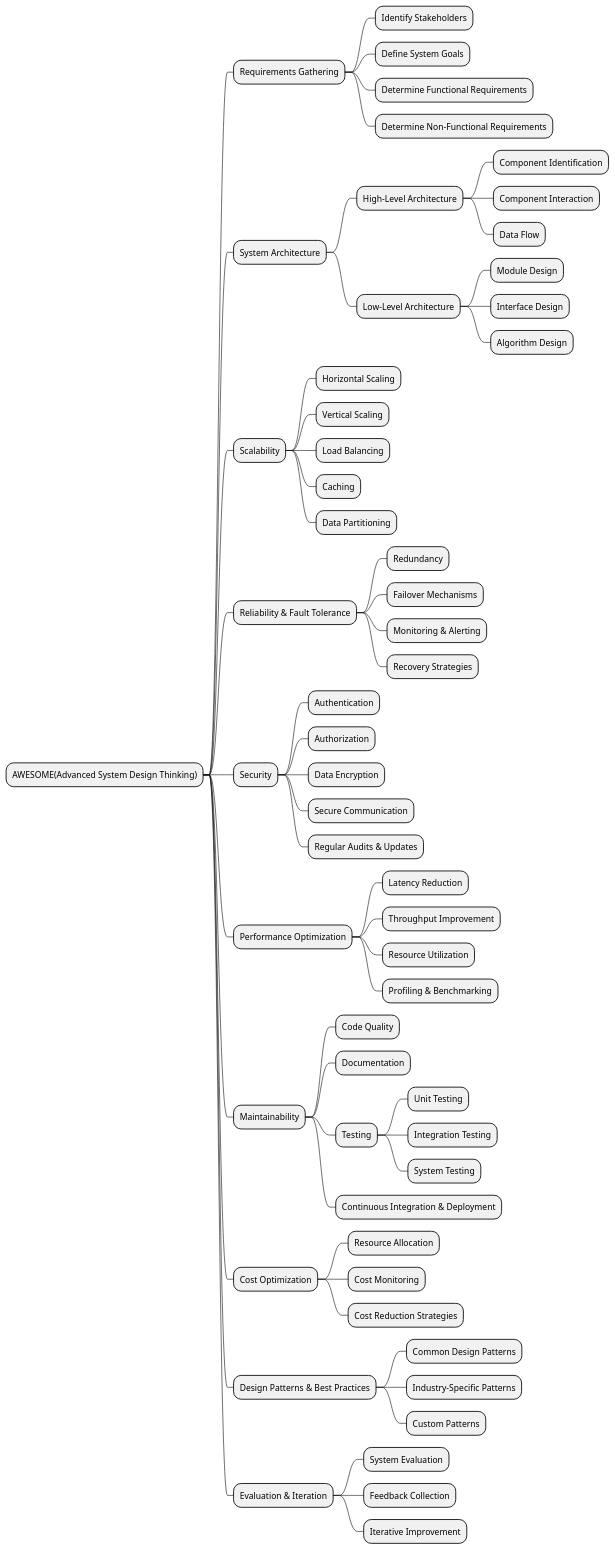
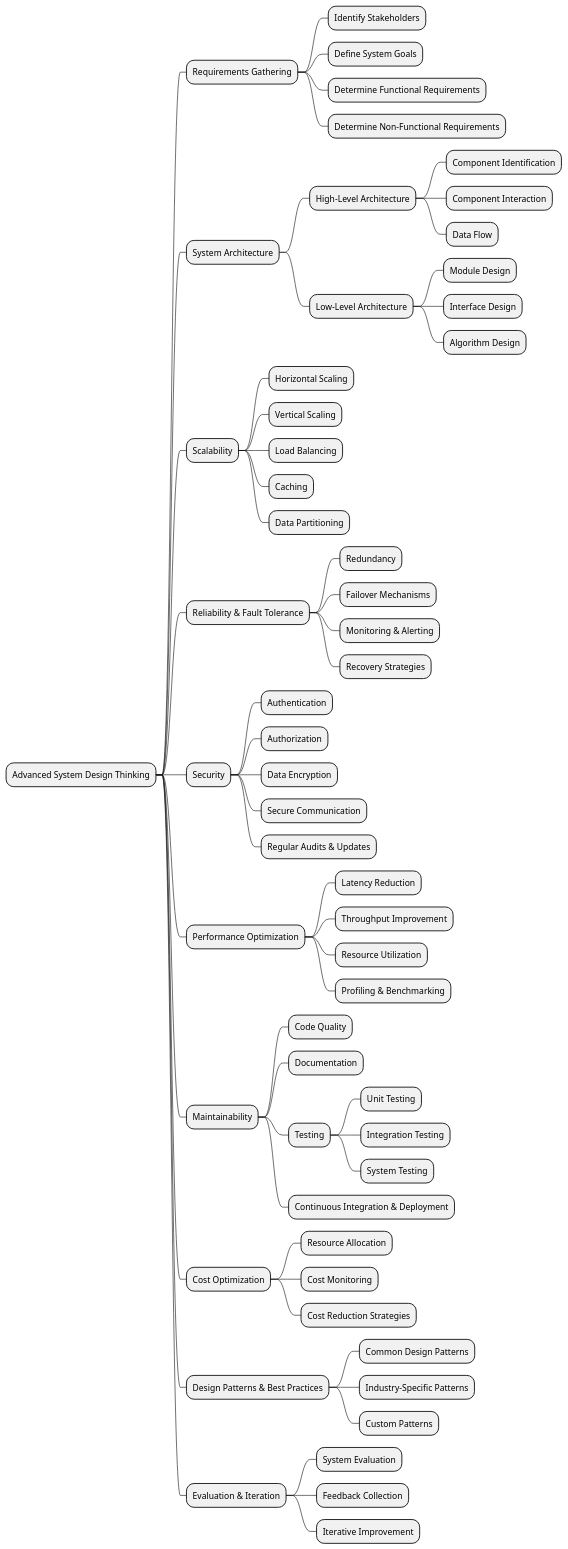
Before and after one commit to MehmoodHashmi/Documentation-as-Code-DaC: the diagram in docs/uml/system6.puml, drawn with PlantUML. The commit also changed 26 other files, not shown here.

```diff
--- a/docs/uml/system6.puml
+++ b/docs/uml/system6.puml
@@ -6,61 +6,61 @@
 @startmindmap
 
 
-* AWESOME(Advanced System Design Thinking)
+* Advanced System Design Thinking
 ** Requirements Gathering
 *** Identify Stakeholders
 *** Define System Goals
 *** Determine Functional Requirements
 *** Determine Non-Functional Requirements
 ** System Architecture
 *** High-Level Architecture
 **** Component Identification
 **** Component Interaction
 **** Data Flow
 *** Low-Level Architecture
 **** Module Design
 **** Interface Design
 **** Algorithm Design
 ** Scalability
 *** Horizontal Scaling
 *** Vertical Scaling
 *** Load Balancing
 *** Caching
 *** Data Partitioning
 ** Reliability & Fault Tolerance
 *** Redundancy
 *** Failover Mechanisms
 *** Monitoring & Alerting
 *** Recovery Strategies
 ** Security
 *** Authentication
 *** Authorization
 *** Data Encryption
 *** Secure Communication
 *** Regular Audits & Updates
 ** Performance Optimization
 *** Latency Reduction
 *** Throughput Improvement
 *** Resource Utilization
 *** Profiling & Benchmarking
 ** Maintainability
 *** Code Quality
 *** Documentation
 *** Testing
 **** Unit Testing
 **** Integration Testing
 **** System Testing
 *** Continuous Integration & Deployment
 ** Cost Optimization
 *** Resource Allocation
 *** Cost Monitoring
 *** Cost Reduction Strategies
 ** Design Patterns & Best Practices
 *** Common Design Patterns
 *** Industry-Specific Patterns
 *** Custom Patterns
 ** Evaluation & Iteration
 *** System Evaluation
 *** Feedback Collection
 *** Iterative Improvement
 @endmindmap
```
